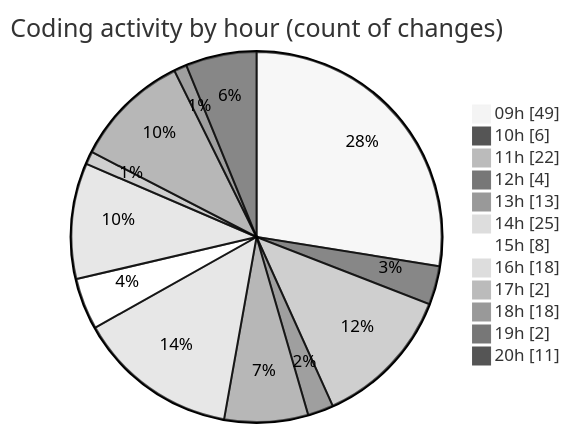
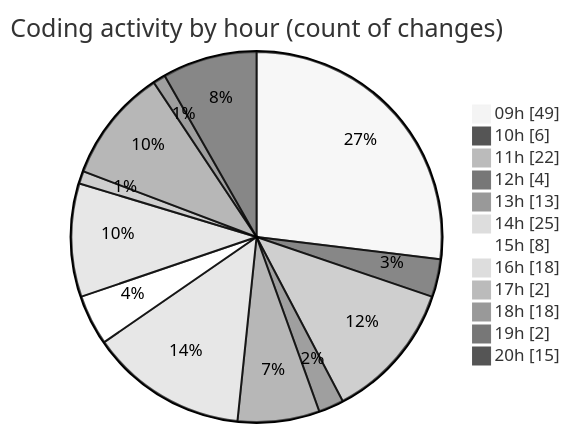
One commit to momahboobian/code-tracking changed the second of 2 diagrams in 2026-06-17/cda/README.md. Above: the diagram before and after it, drawn with Mermaid (neutral theme). The commit also changed other lines of this file and 1 other file, not shown here.

````diff
--- a/2026-06-17/cda/README.md
+++ b/2026-06-17/cda/README.md
@@ -71,16 +71,16 @@
 ```mermaid
 pie showData
 title Coding activity by hour (count of changes)
 "09h" : 49
 "10h" : 6
 "11h" : 22
 "12h" : 4
 "13h" : 13
 "14h" : 25
 "15h" : 8
 "16h" : 18
 "17h" : 2
 "18h" : 18
 "19h" : 2
-"20h" : 11
+"20h" : 15
 ```
````
